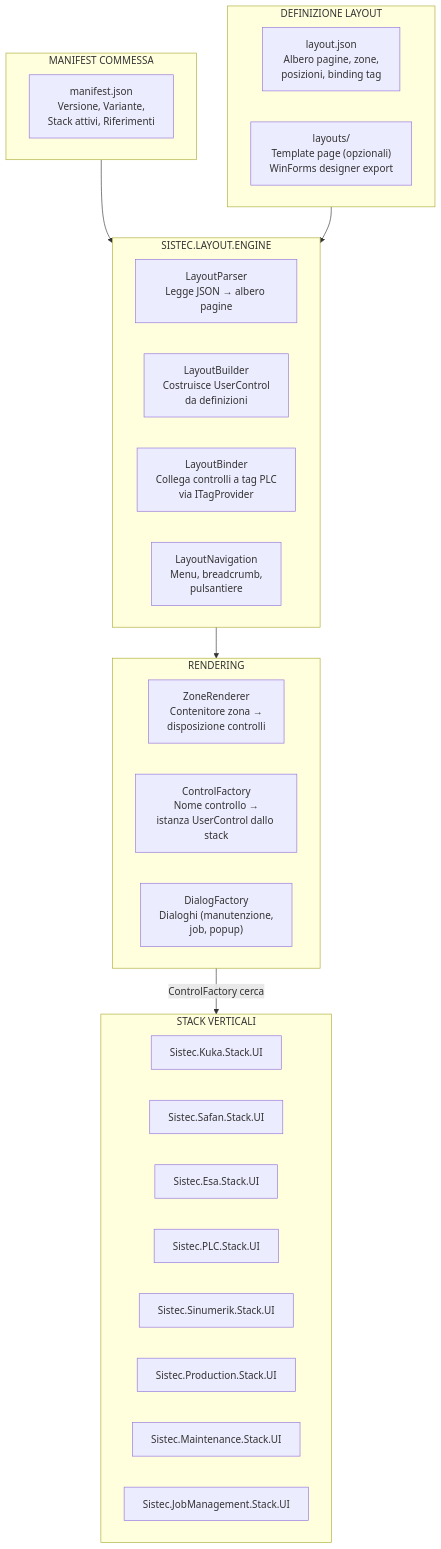
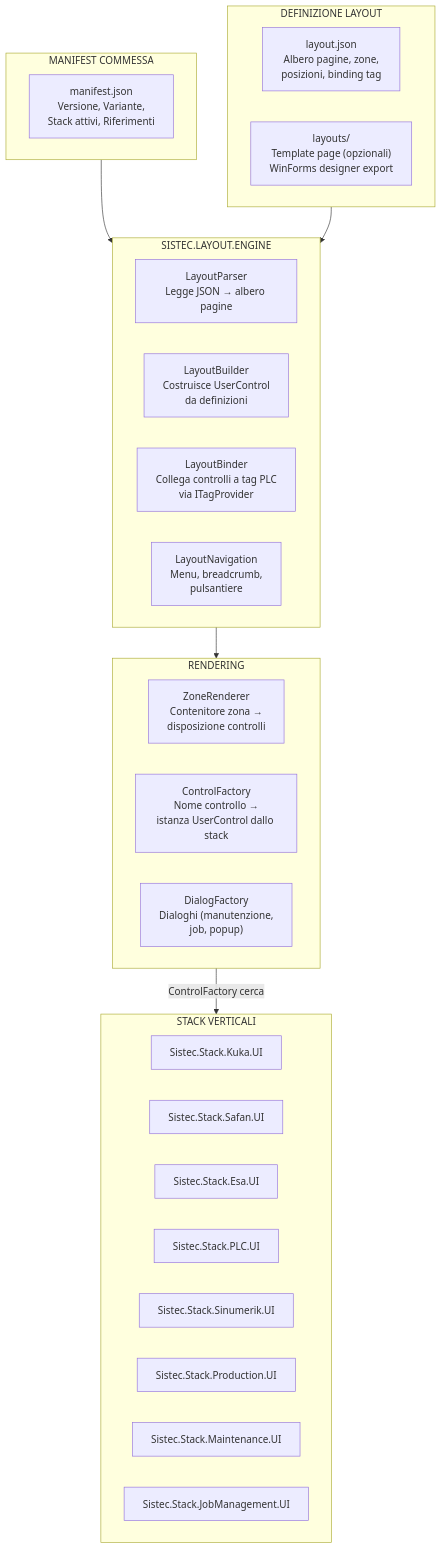
Diagram 12 of 40 in analisi-unificata.md (marc04AM/pellucida), drawn with Mermaid before and after one commit. The commit also changed other lines of this file and 1 other file, not shown here.

````diff
--- a/analisi-unificata.md
+++ b/analisi-unificata.md
@@ -1039,40 +1106,40 @@
 ```mermaid
 flowchart TB
     subgraph Manifest["MANIFEST COMMESSA"]
         MJ["manifest.json<br/>Versione, Variante,<br/>Stack attivi, Riferimenti"]
     end
 
     subgraph LayoutDef["DEFINIZIONE LAYOUT"]
         LJ["layout.json<br/>Albero pagine, zone,<br/>posizioni, binding tag"]
         LT["layouts/<br/>Template page (opzionali)<br/>WinForms designer export"]
     end
 
     subgraph Engine["SISTEC.LAYOUT.ENGINE"]
         LP["LayoutParser<br/>Legge JSON → albero pagine"]
         LB["LayoutBuilder<br/>Costruisce UserControl<br/>da definizioni"]
         LBind["LayoutBinder<br/>Collega controlli a tag PLC<br/>via ITagProvider"]
         LNav["LayoutNavigation<br/>Menu, breadcrumb,<br/>pulsantiere"]
     end
 
     subgraph Rendering["RENDERING"]
         RZ["ZoneRenderer<br/>Contenitore zona →<br/>disposizione controlli"]
         RC["ControlFactory<br/>Nome controllo →<br/>istanza UserControl dallo stack"]
         RD["DialogFactory<br/>Dialoghi (manutenzione,<br/>job, popup)"]
     end
 
     subgraph Stacks["STACK VERTICALI"]
-        Kuka["Sistec.Kuka.Stack.UI"]
-        Safan["Sistec.Safan.Stack.UI"]
-        Esa["Sistec.Esa.Stack.UI"]
-        Plc["Sistec.PLC.Stack.UI"]
-        Sinumerik["Sistec.Sinumerik.Stack.UI"]
-        Prod["Sistec.Production.Stack.UI"]
-        Maint["Sistec.Maintenance.Stack.UI"]
-        Jobs["Sistec.JobManagement.Stack.UI"]
+        Kuka["Sistec.Stack.Kuka.UI"]
+        Safan["Sistec.Stack.Safan.UI"]
+        Esa["Sistec.Stack.Esa.UI"]
+        Plc["Sistec.Stack.PLC.UI"]
+        Sinumerik["Sistec.Stack.Sinumerik.UI"]
+        Prod["Sistec.Stack.Production.UI"]
+        Maint["Sistec.Stack.Maintenance.UI"]
+        Jobs["Sistec.Stack.JobManagement.UI"]
     end
 
     Manifest --> Engine
     LayoutDef --> Engine
     Engine --> Rendering
     Rendering -->|ControlFactory cerca| Stacks
 ```
````
